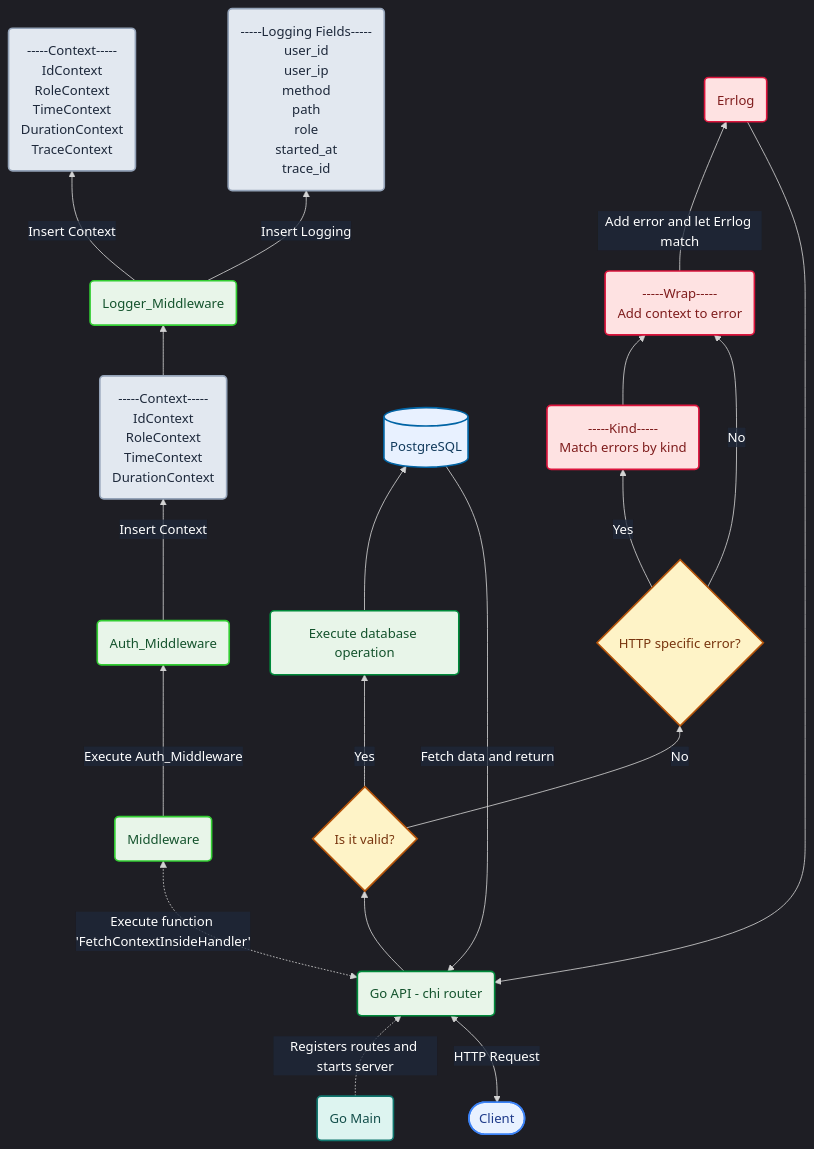
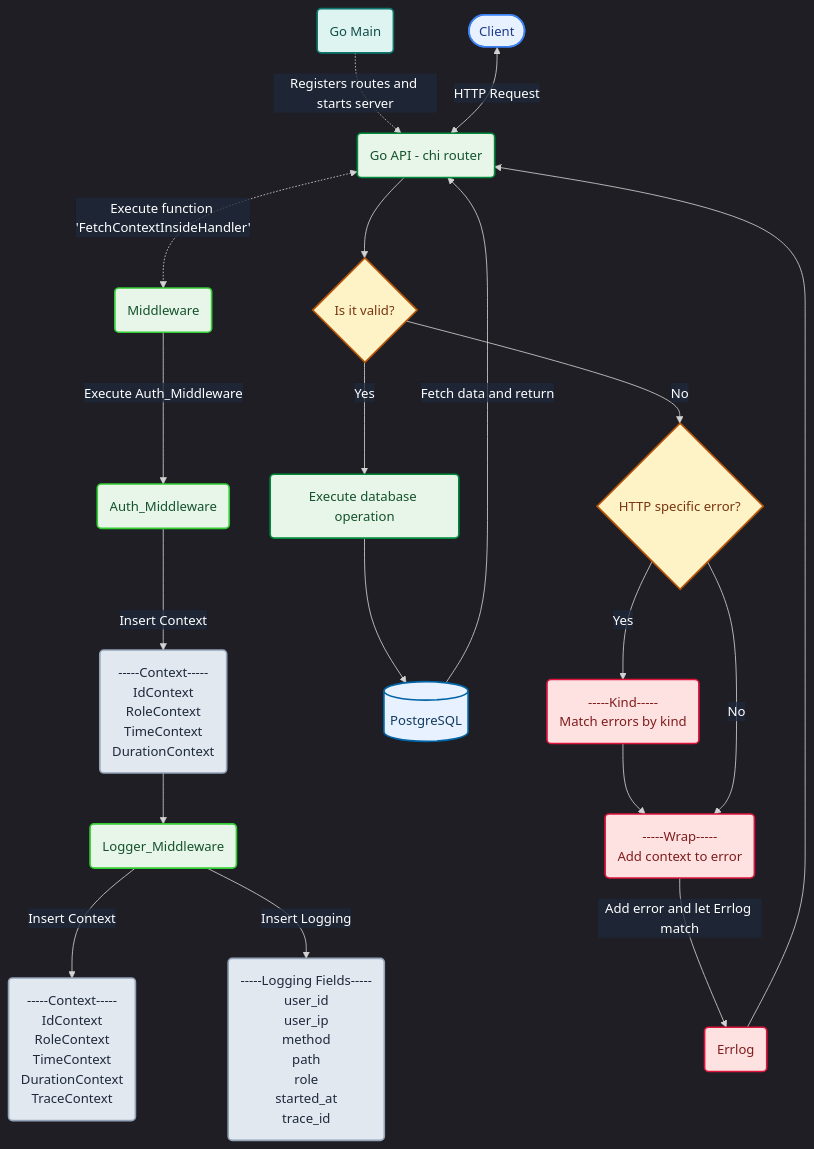
Before and after one commit to shawnfrost25/prolepsis: the diagram in docs/visualization/kitanai/get_id.md, drawn with Mermaid. The commit also changed 4 other files, not shown here.

````diff
--- a/docs/visualization/kitanai/get_id.md
+++ b/docs/visualization/kitanai/get_id.md
@@ -1,62 +1,62 @@
 ```mermaid
 %%{init: {
   'theme': 'dark',
   'themeVariables': {
     'edgeLabelBackground': '#1e293b80',
     'textColor': '#ffffff'
   }
 }}%%
-flowchart BT;
+flowchart TB;
     Main("Go Main")
     API("Go API - chi router")
     Middleware("Middleware")
     AuthMiddleware("Auth_Middleware")
     Context1("-----Context----- \nIdContext \nRoleContext \nTimeContext \nDurationContext")
     Context2("-----Context----- \nIdContext \nRoleContext \nTimeContext \nDurationContext \nTraceContext")
     ZeroLogger("-----Logging Fields----- \nuser_id \nuser_ip \nmethod \npath \nrole \nstarted_at \ntrace_id")
     LoggingMiddleware("Logger_Middleware")
     Client(["Client"])
     Database[("PostgreSQL")]
     DbOperation("Execute database operation")
     Wrap("-----Wrap----- \nAdd context to error")
     Kind("-----Kind----- \nMatch errors by kind")
     Errlog("Errlog")
     HTTPError{"HTTP specific error?"}
     Validation{"Is it valid?"}
 
     Main-.->|"Registers routes and starts server"|API
     Client<-->|"HTTP Request"|API
     API<-.->|"Execute function 'FetchContextInsideHandler'"|Middleware
     Middleware-->|"Execute Auth_Middleware"|AuthMiddleware
     AuthMiddleware-->|"Insert Context"|Context1-->LoggingMiddleware-->|"Insert Context"|Context2
     LoggingMiddleware-->|"Insert Logging"|ZeroLogger
     API-->Validation
     Validation-->|"Yes"|DbOperation
     DbOperation-->Database-->|"Fetch data and return"|API
     Validation-->|"No"|HTTPError
     HTTPError-->|"Yes"|Kind-->Wrap
     HTTPError-->|"No"|Wrap
     Wrap-->|"Add error and let Errlog match"|Errlog
     Errlog-->API
 
 
     style Main fill:#DDF4F0,stroke:#0F766E,color:#134E4A,stroke-width:2px
     style API fill:#E8F5E9,stroke:#008A3B,color:#14532D,stroke-width:2px
     style Client fill:#E8F1FF,stroke:#3B82F6,color:#1E3A8A,stroke-width:2px
 
     style Middleware fill:#E8F5E9,stroke:#32CD32,color:#14532D,stroke-width:2px
     style AuthMiddleware fill:#E8F5E9,stroke:#32CD32,color:#14532D,stroke-width:2px
     style LoggingMiddleware fill:#E8F5E9,stroke:#32CD32,color:#14532D,stroke-width:2px
 
     style Context1 fill:#E2E8F0,stroke:#94A3B8,color:#1E293B,stroke-width:2px
     style Context2 fill:#E2E8F0,stroke:#94A3B8,color:#1E293B,stroke-width:2px
     style ZeroLogger fill:#E2E8F0,stroke:#94A3B8,color:#1E293B,stroke-width:2px
     style Validation fill:#FEF3C7,stroke:#B45309,color:#78350F,stroke-width:2px
     style HTTPError fill:#FEF3C7,stroke:#B45309,color:#78350F,stroke-width:2px
     style DbOperation fill:#E8F5E9,stroke:#008A3B,color:#14532D,stroke-width:2px
     style Database fill:#E8F1FF,stroke:#0064A5,color:#123B5D,stroke-width:2px
 
     style Wrap fill:#FEE2E2,stroke:#DC143C,color:#7F1D1D,stroke-width:2px
     style Kind fill:#FEE2E2,stroke:#DC143C,color:#7F1D1D,stroke-width:2px
     style Errlog fill:#FEE2E2,stroke:#DC143C,color:#7F1D1D,stroke-width:2px
 ```
````
